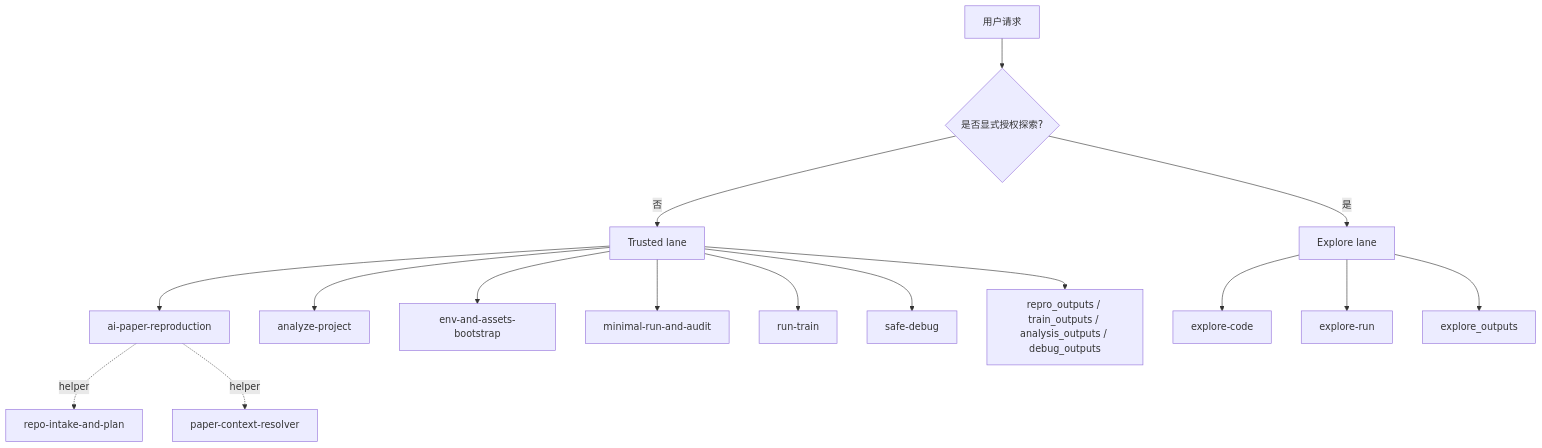
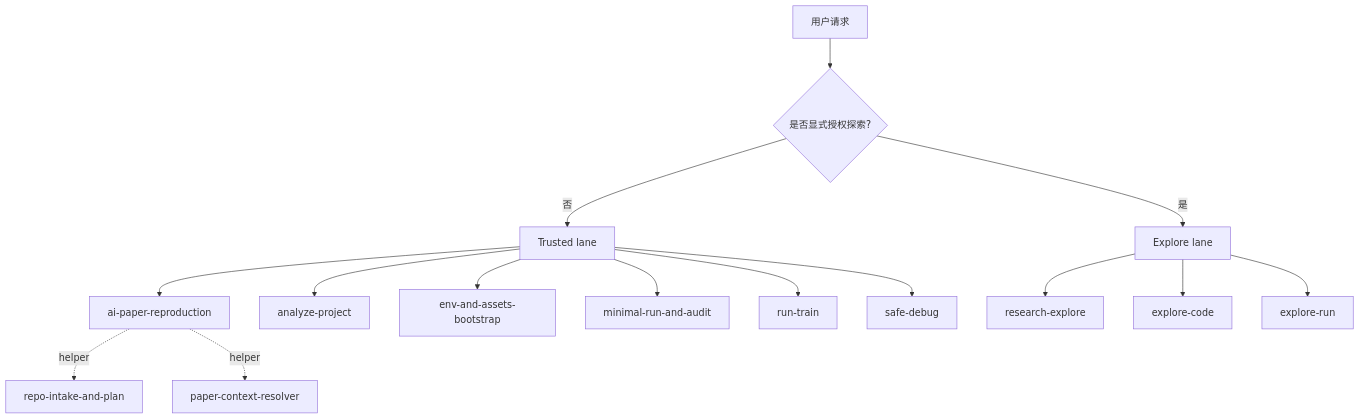
The diagram in README.zh-CN.md (DevZonayed/nexalance-skill-lllllllama-rigorpilot-skills), drawn with Mermaid before and after one commit. The commit also changed other lines of this file, not shown here.

````diff
--- a/README.zh-CN.md
+++ b/README.zh-CN.md
@@ -42,22 +106,20 @@
 ```mermaid
 flowchart TD
     A[用户请求] --> B{是否显式授权探索?}
     B -- 否 --> C[Trusted lane]
     B -- 是 --> D[Explore lane]
 
     C --> C1[ai-paper-reproduction]
     C --> C2[analyze-project]
     C --> C3[env-and-assets-bootstrap]
     C --> C4[minimal-run-and-audit]
     C --> C5[run-train]
     C --> C6[safe-debug]
 
-    D --> D1[explore-code]
-    D --> D2[explore-run]
+    D --> D1[research-explore]
+    D --> D2[explore-code]
+    D --> D3[explore-run]
 
     C1 -. helper .-> H1[repo-intake-and-plan]
     C1 -. helper .-> H2[paper-context-resolver]
-
-    C --> O1[repro_outputs / train_outputs / analysis_outputs / debug_outputs]
-    D --> O2[explore_outputs]
 ```
````
